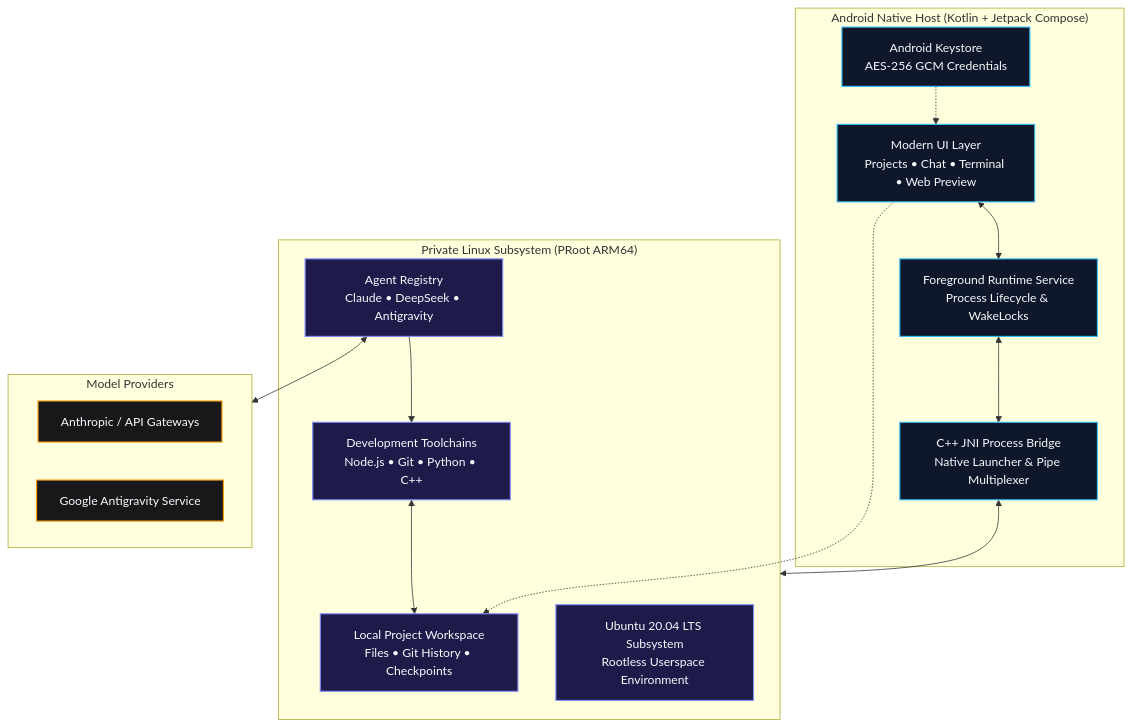
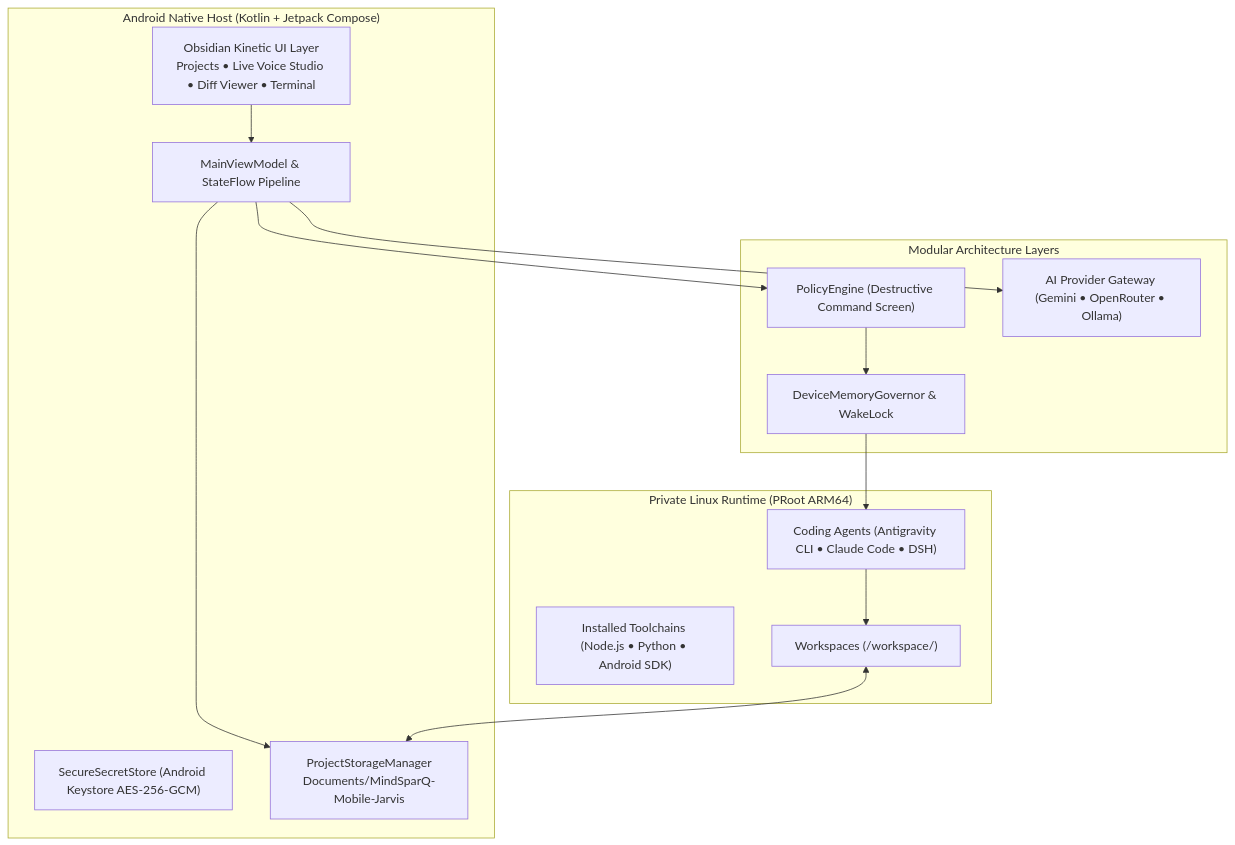
The diagram in README.md (roadofriot/MindSparQ-Mobile-Jarvis), drawn with Mermaid before and after one commit. The commit also changed other lines of this file and 15 other files, not shown here.

Commit message:
feat(voice-architect): implement multi-turn live voice dialog with TTS, PRD/TRD generator, public Documents/MindSparQ-Mobile-Jarvis storage, and 100% MindSparQ README

````diff
--- a/README.md
+++ b/README.md
@@ -247,38 +121,30 @@
 ```mermaid
 flowchart TB
     subgraph Host[" Android Native Host (Kotlin + Jetpack Compose) "]
-        UI["Modern UI Layer<br/>Projects • Chat • Terminal • Web Preview"]
-        Service["Foreground Runtime Service<br/>Process Lifecycle & WakeLocks"]
-        Keystore["Android Keystore<br/>AES-256 GCM Credentials"]
-        Bridge["C++ JNI Process Bridge<br/>Native Launcher & Pipe Multiplexer"]
+        UI["Obsidian Kinetic UI Layer<br/>Projects • Live Voice Studio • Diff Viewer • Terminal"]
+        VM["MainViewModel & StateFlow Pipeline"]
+        Store["SecureSecretStore (Android Keystore AES-256-GCM)"]
+        PublicFS["ProjectStorageManager<br/>Documents/MindSparQ-Mobile-Jarvis"]
     end
 
-    subgraph Subsystem[" Private Linux Subsystem (PRoot ARM64) "]
-        Ubuntu["Ubuntu 20.04 LTS Subsystem<br/>Rootless Userspace Environment"]
-        Agent["Agent Registry<br/>Claude • DeepSeek • Antigravity"]
-        Tools["Development Toolchains<br/>Node.js • Git • Python • C++"]
-        Workspace["Local Project Workspace<br/>Files • Git History • Checkpoints"]
+    subgraph Core[" Modular Architecture Layers "]
+        Policy["PolicyEngine (Destructive Command Screen)"]
+        Governor["DeviceMemoryGovernor & WakeLock"]
+        Gateway["AI Provider Gateway (Gemini • OpenRouter • Ollama)"]
     end
 
-    subgraph Cloud[" Model Providers "]
-        Anthropic["Anthropic / API Gateways"]
-        Gateways["Google Antigravity Service"]
+    subgraph Guest[" Private Linux Runtime (PRoot ARM64) "]
+        Engine["Coding Agents (Antigravity CLI • Claude Code • DSH)"]
+        Toolchains["Installed Toolchains (Node.js • Python • Android SDK)"]
+        InternalFS["Workspaces (/workspace/<project>)"]
     end
 
-    UI <--> Service
-    Service <--> Bridge
-    Bridge <--> Subsystem
-    Keystore -.-> UI
-    Agent <--> Cloud
-    Agent --> Tools
-    Tools <--> Workspace
-    UI -.-> Workspace
-
-    classDef hostStyle fill:#0f172a,stroke:#38bdf8,stroke-width:1.5px,color:#f8fafc;
-    classDef subStyle fill:#1e1b4b,stroke:#818cf8,stroke-width:1.5px,color:#f8fafc;
-    classDef cloudStyle fill:#18181b,stroke:#f59e0b,stroke-width:1.5px,color:#f8fafc;
-
-    class UI,Service,Keystore,Bridge hostStyle;
-    class Ubuntu,Agent,Tools,Workspace subStyle;
-    class Anthropic,Gateways cloudStyle;
+    UI --> VM
+    VM --> Policy
+    VM --> Gateway
+    VM --> PublicFS
+    Policy --> Governor
+    Governor --> Engine
+    Engine --> InternalFS
+    InternalFS <--> PublicFS
 ```
````
